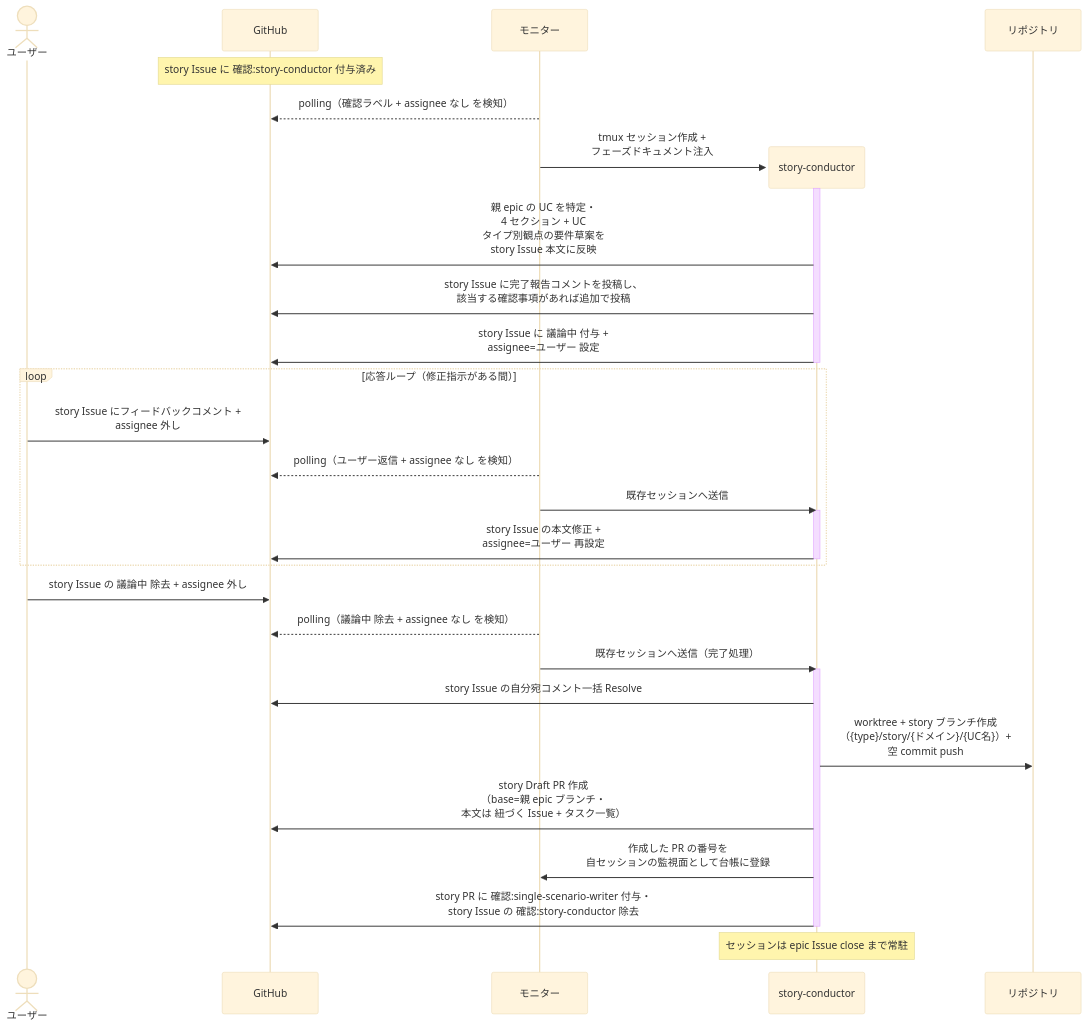
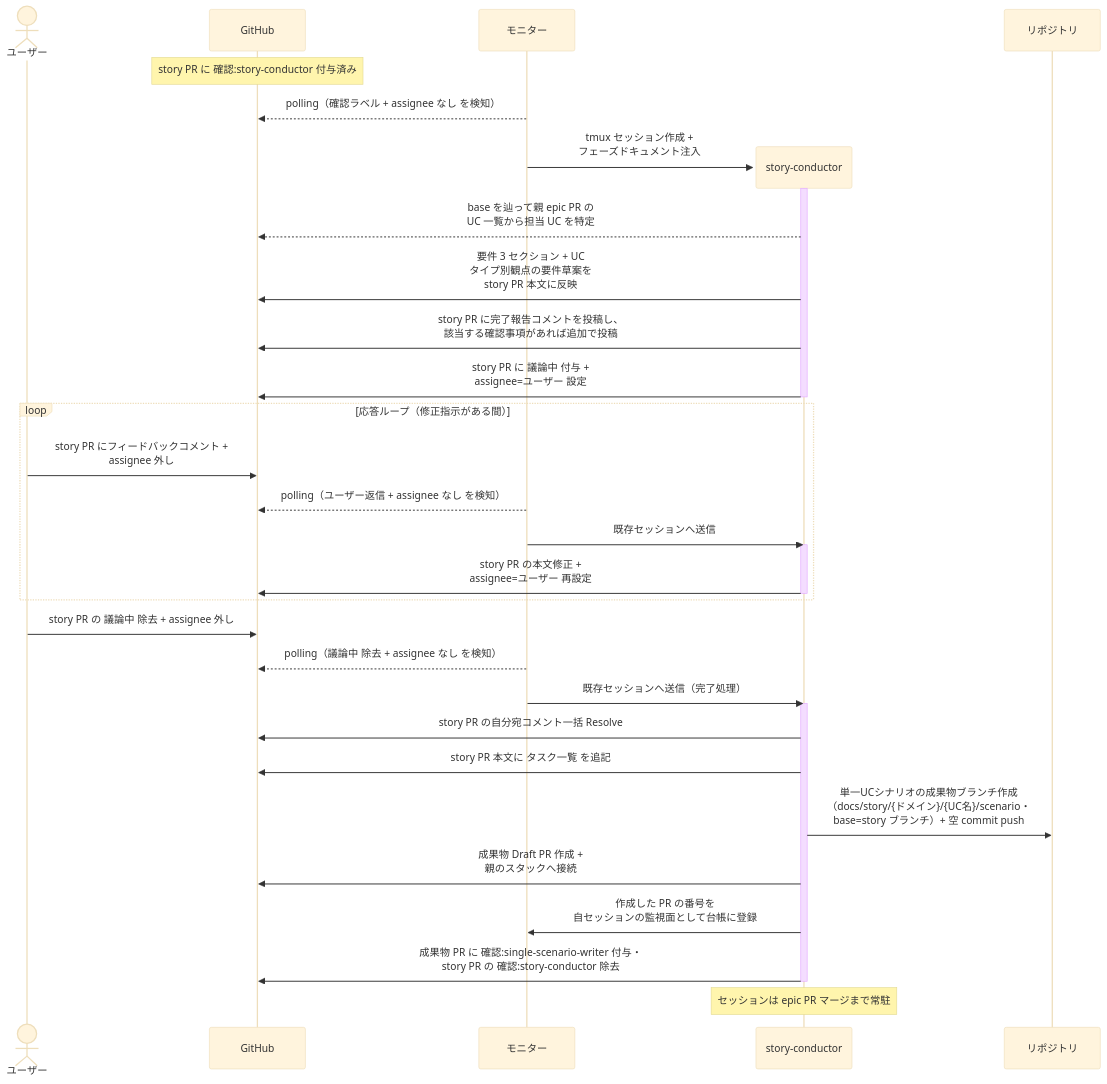
Before and after one commit to shuhei1101/ai-monitor: the first of 3 diagrams in docs/wiki/設計図/シナリオ/単一ユースケース/story要件確定.md, drawn with Mermaid (base theme). The commit also changed other lines of this file and 256 other files, not shown here.

````diff
--- a/docs/wiki/設計図/シナリオ/単一ユースケース/story要件確定.md
+++ b/docs/wiki/設計図/シナリオ/単一ユースケース/story要件確定.md
@@ -26,38 +26,40 @@
 ```mermaid
 sequenceDiagram
   actor U as ユーザー
   participant GH as GitHub
   participant ORC as モニター
 
-  Note over GH: story Issue に 確認:story-conductor 付与済み
+  Note over GH: story PR に 確認:story-conductor 付与済み
   ORC-->>GH: polling（確認ラベル + assignee なし を検知）
   create participant MON as story-conductor
   ORC->>MON: tmux セッション作成 +<br>フェーズドキュメント注入
   participant REPO as リポジトリ
   activate MON
-  MON->>GH: 親 epic の UC を特定・<br>4 セクション + UC<br>タイプ別観点の要件草案を<br>story Issue 本文に反映
-  MON->>GH: story Issue に完了報告コメントを投稿し、<br>該当する確認事項があれば追加で投稿
-  MON->>GH: story Issue に 議論中 付与 +<br>assignee=ユーザー 設定
+  MON-->>GH: base を辿って親 epic PR の<br>UC 一覧から担当 UC を特定
+  MON->>GH: 要件 3 セクション + UC<br>タイプ別観点の要件草案を<br>story PR 本文に反映
+  MON->>GH: story PR に完了報告コメントを投稿し、<br>該当する確認事項があれば追加で投稿
+  MON->>GH: story PR に 議論中 付与 +<br>assignee=ユーザー 設定
   deactivate MON
 
   loop 応答ループ（修正指示がある間）
-    U->>GH: story Issue にフィードバックコメント +<br>assignee 外し
+    U->>GH: story PR にフィードバックコメント +<br>assignee 外し
     ORC-->>GH: polling（ユーザー返信 + assignee なし を検知）
     ORC->>MON: 既存セッションへ送信
     activate MON
-    MON->>GH: story Issue の本文修正 +<br>assignee=ユーザー 再設定
+    MON->>GH: story PR の本文修正 +<br>assignee=ユーザー 再設定
     deactivate MON
   end
 
-  U->>GH: story Issue の 議論中 除去 + assignee 外し
+  U->>GH: story PR の 議論中 除去 + assignee 外し
   ORC-->>GH: polling（議論中 除去 + assignee なし を検知）
   ORC->>MON: 既存セッションへ送信（完了処理）
   activate MON
-  MON->>GH: story Issue の自分宛コメント一括 Resolve
-  MON->>REPO: worktree + story ブランチ作成<br>（{type}/story/{ドメイン}/{UC名}）+<br>空 commit push
-  MON->>GH: story Draft PR 作成<br>（base=親 epic ブランチ・<br>本文は 紐づく Issue + タスク一覧）
+  MON->>GH: story PR の自分宛コメント一括 Resolve
+  MON->>GH: story PR 本文に タスク一覧 を追記
+  MON->>REPO: 単一UCシナリオの成果物ブランチ作成<br>（docs/story/{ドメイン}/{UC名}/scenario・<br>base=story ブランチ）+ 空 commit push
+  MON->>GH: 成果物 Draft PR 作成 +<br>親のスタックへ接続
   MON->>ORC: 作成した PR の番号を<br>自セッションの監視面として台帳に登録
-  MON->>GH: story PR に 確認:single-scenario-writer 付与・<br>story Issue の 確認:story-conductor 除去
+  MON->>GH: 成果物 PR に 確認:single-scenario-writer 付与・<br>story PR の 確認:story-conductor 除去
   deactivate MON
-  Note over MON: セッションは epic Issue close まで常駐
+  Note over MON: セッションは epic PR マージまで常駐
 ```
````
